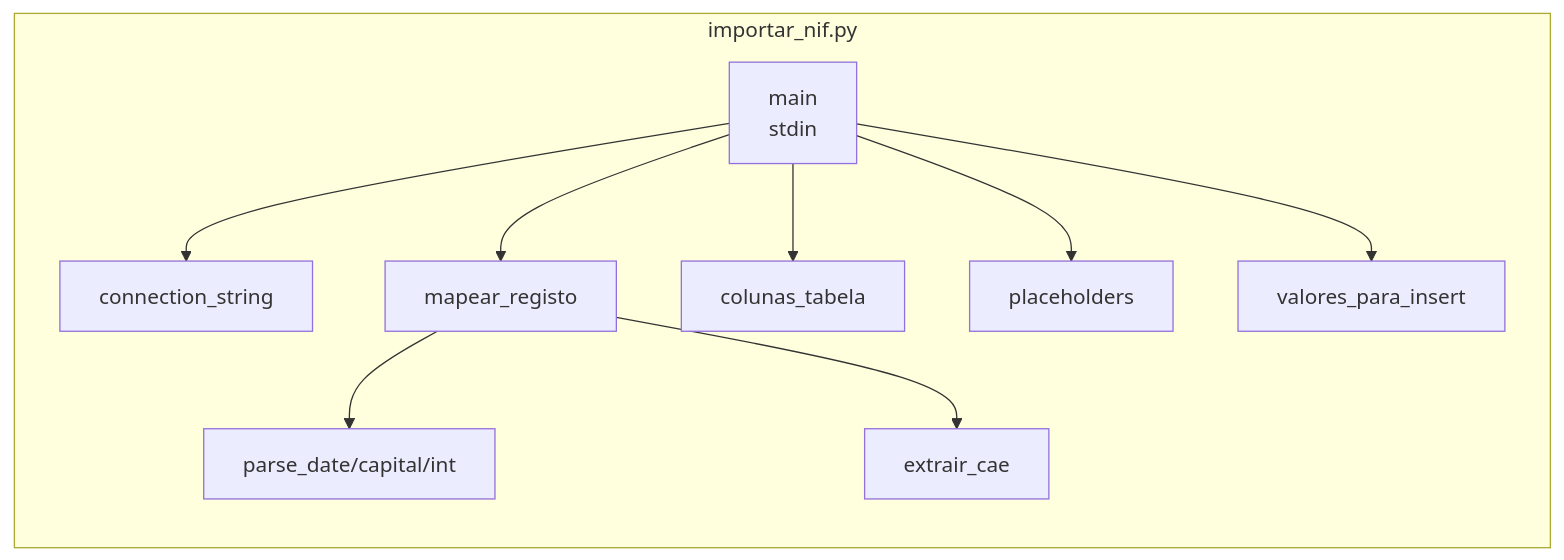
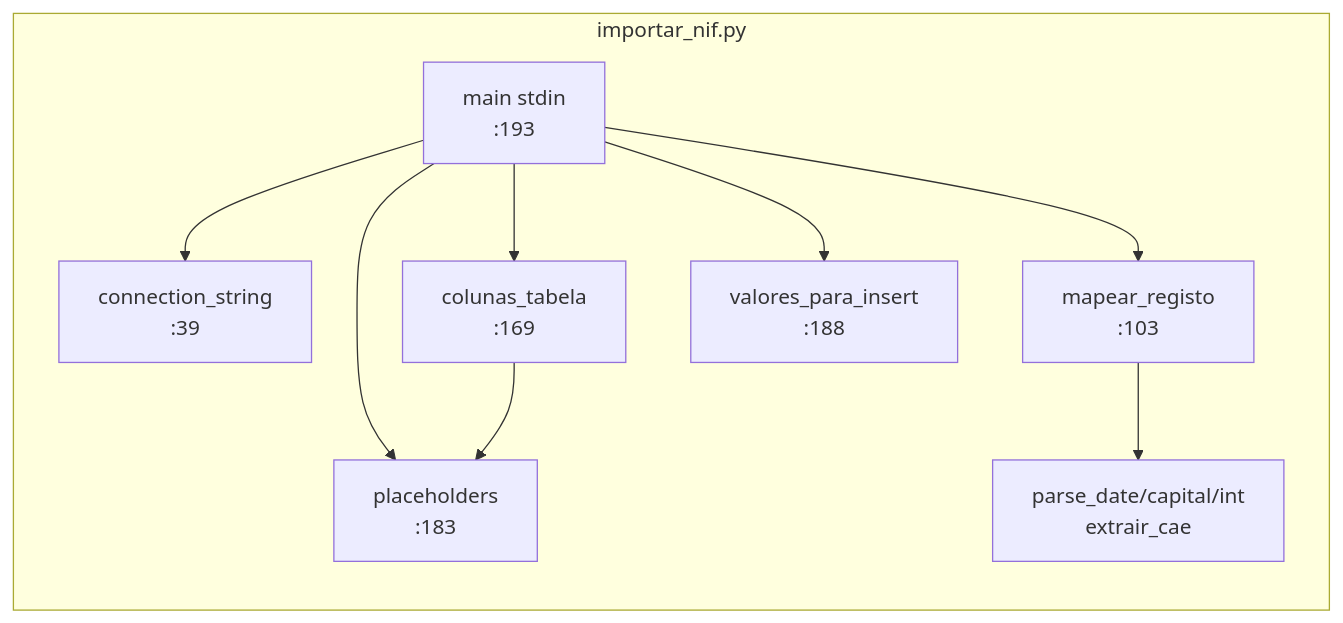
One commit to nunoetome/nif-pt changed the fifth of 5 diagrams in docs/architecture/architecture.md. Above: the diagram before and after it, drawn with Mermaid. The commit also changed other lines of this file and 19 other files, not shown here.

````diff
--- a/docs/architecture/architecture.md
+++ b/docs/architecture/architecture.md
@@ -80,16 +106,15 @@
 ```mermaid
 graph LR
     subgraph importar_nif.py
-        CS[connection_string]
-        MP[mapear_registo]
-        CT[colunas_tabela]
-        PL[placeholders]
-        VI[valores_para_insert]
-        PD[parse_date/capital/int]
-        CA[extrair_cae]
-        MN[main<br/>stdin]
+        CS[connection_string<br/>:39]
+        MR[mapear_registo<br/>:103]
+        CT[colunas_tabela<br/>:169]
+        PL[placeholders<br/>:183]
+        VI[valores_para_insert<br/>:188]
+        PD[parse_date/capital/int<br/>extrair_cae]
+        MN[main stdin<br/>:193]
     end
-    MN --> MP
-    MP --> PD & CA
-    MN --> CS & CT & PL & VI
+    MN --> MR & CS & CT & PL & VI
+    MR --> PD
+    CT --> PL
 ```
````
